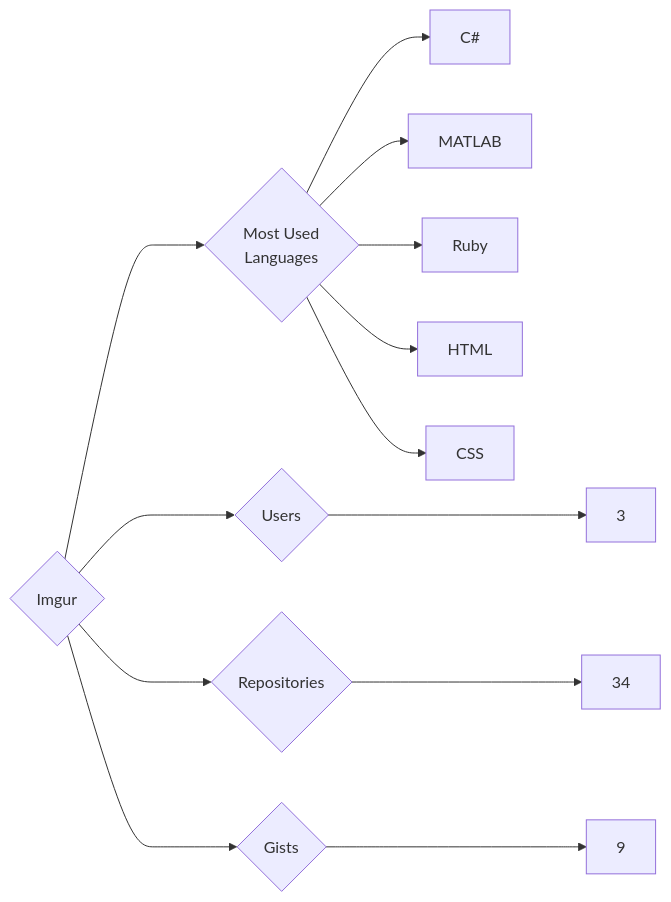
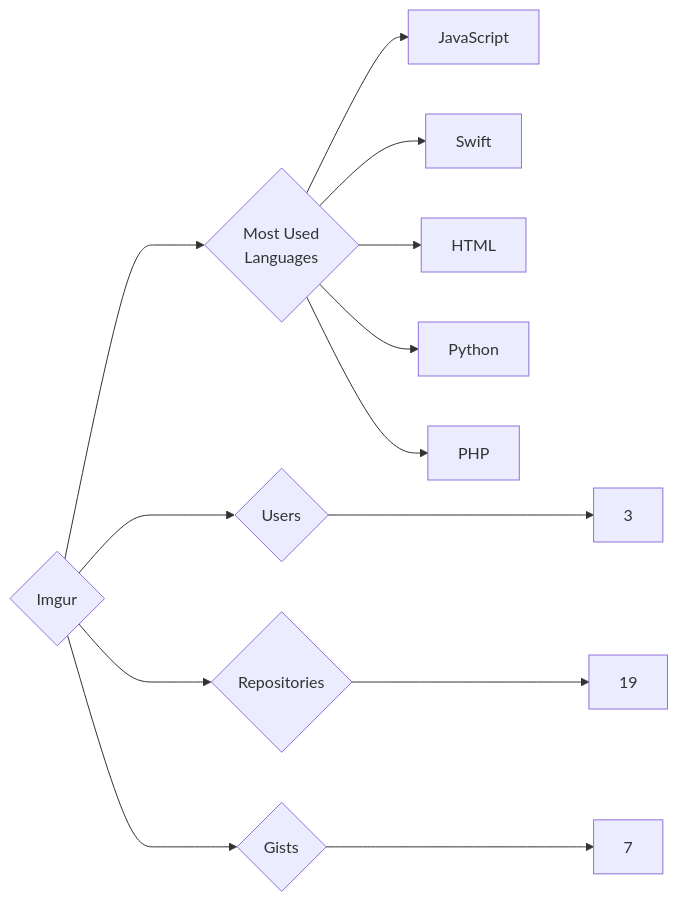
One commit to trickest/insiders changed the diagram in targets/Imgur/README.md. Above: the diagram before and after it, drawn with Mermaid. The commit also changed 1030 other files, not shown here.

````diff
--- a/targets/Imgur/README.md
+++ b/targets/Imgur/README.md
@@ -3,13 +3,13 @@
 ```mermaid
 graph LR
 COMPANY_NAME{Imgur}
 COMPANY_NAME ---> U{Users} ---> UN[3]
-COMPANY_NAME ---> R{Repositories} ---> RN[34]
-COMPANY_NAME ---> G{Gists} ---> GN[9]
+COMPANY_NAME ---> R{Repositories} ---> RN[19]
+COMPANY_NAME ---> G{Gists} ---> GN[7]
 COMPANY_NAME ---> ML{Most Used<br>Languages}
-ML --> C#[C#]
-ML --> MATLAB[MATLAB]
-ML --> Ruby[Ruby]
+ML --> JavaScript[JavaScript]
+ML --> Swift[Swift]
 ML --> HTML[HTML]
-ML --> CSS[CSS]
+ML --> Python[Python]
+ML --> PHP[PHP]
 ```
````
